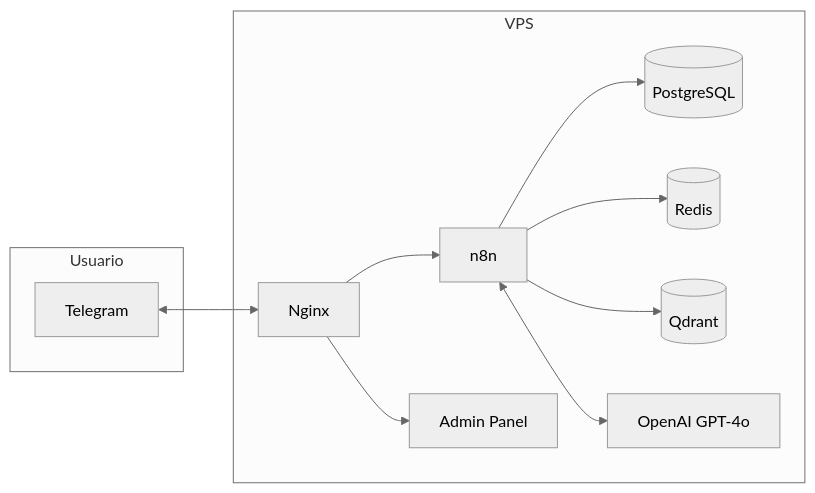
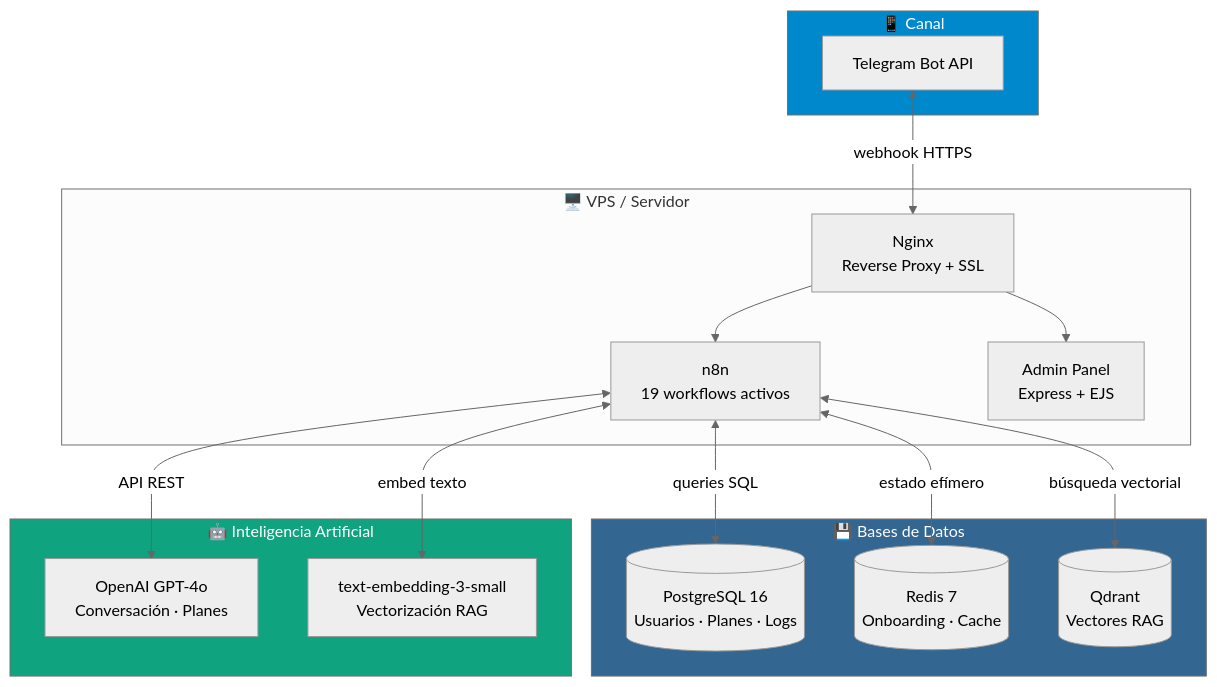
One commit to mauroibarra/asistente-nutrition-fitness changed the second of 6 diagrams in README.md. Above: the diagram before and after it, drawn with Mermaid (neutral theme). The commit also changed other lines of this file and 7 other files, not shown here.

First line of the commit message:
docs: rewrite READMEs with Mermaid architecture diagrams

````diff
--- a/README.md
+++ b/README.md
@@ -20,17 +43,36 @@
 ```mermaid
-graph LR
-    subgraph Usuario
-        TG[Telegram]
+graph TB
+    subgraph Canal["📱 Canal"]
+        TG[Telegram Bot API]
     end
 
-    subgraph VPS
-        NGX[Nginx] --> N8N[n8n]
-        NGX --> ADM[Admin Panel]
-        N8N --> PG[(PostgreSQL)]
-        N8N --> RD[(Redis)]
-        N8N --> QD[(Qdrant)]
-        N8N <--> OAI[OpenAI GPT-4o]
+    subgraph Infra["🖥️ VPS / Servidor"]
+        NGX["Nginx\nReverse Proxy + SSL"]
+        N8N["n8n\n19 workflows activos"]
+        ADM["Admin Panel\nExpress + EJS"]
     end
 
-    TG <--> NGX
+    subgraph Datos["💾 Bases de Datos"]
+        PG[("PostgreSQL 16\nUsuarios · Planes · Logs")]
+        RD[("Redis 7\nOnboarding · Cache")]
+        QD[("Qdrant\nVectores RAG")]
+    end
+
+    subgraph IA["🤖 Inteligencia Artificial"]
+        OAI["OpenAI GPT-4o\nConversación · Planes"]
+        EMB["text-embedding-3-small\nVectorización RAG"]
+    end
+
+    TG <-->|"webhook HTTPS"| NGX
+    NGX --> N8N
+    NGX --> ADM
+    N8N <-->|"queries SQL"| PG
+    N8N <-->|"estado efímero"| RD
+    N8N <-->|"búsqueda vectorial"| QD
+    N8N <-->|"API REST"| OAI
+    N8N <-->|"embed texto"| EMB
+
+    style Canal fill:#0088cc,color:#fff
+    style IA fill:#10a37f,color:#fff
+    style Datos fill:#336791,color:#fff
 ```
````
